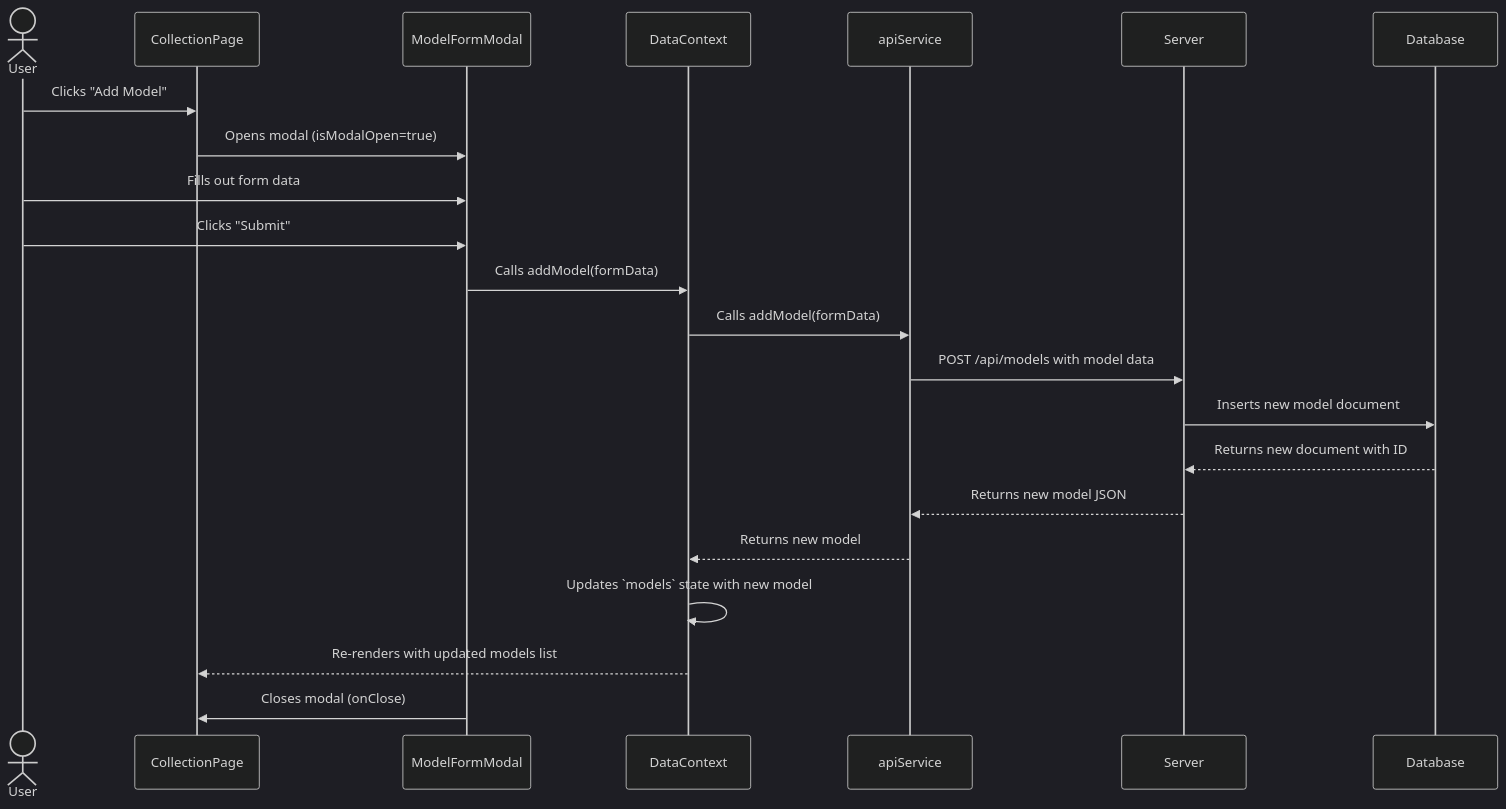
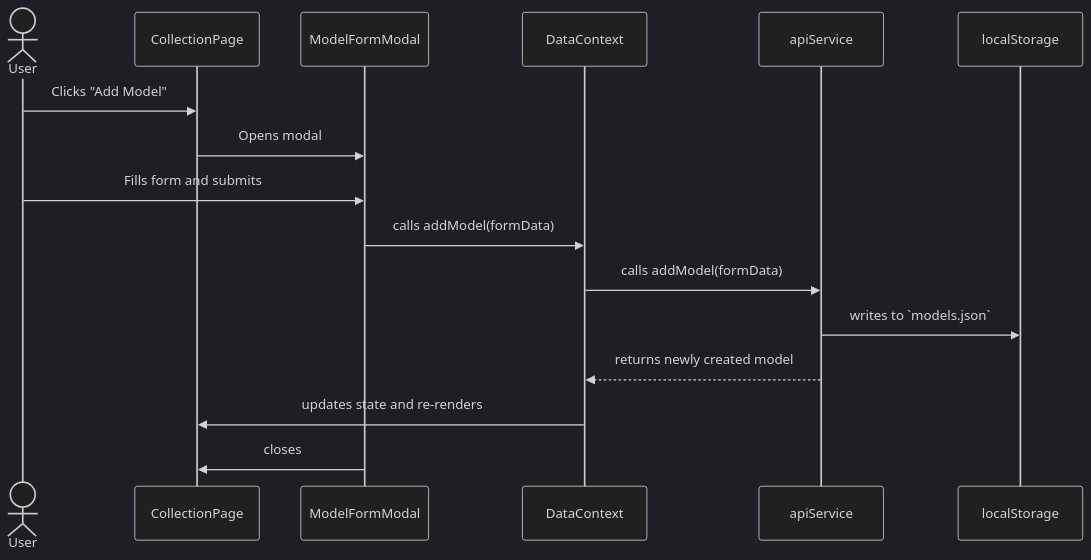
One commit to stuartperrymason-ops/https-github.com-stuartperrymason-ops-Top-Model-collector changed the second of 3 diagrams in README.md. Above: the diagram before and after it, drawn with Mermaid (dark theme). The commit also changed other lines of this file and 4 other files, not shown here.

````diff
--- a/README.md
+++ b/README.md
@@ -57,25 +42,19 @@
 ```mermaid
 sequenceDiagram
     actor User
     participant CollectionPage
     participant ModelFormModal
     participant DataContext
     participant apiService
-    participant Server
-    participant Database
+    participant localStorage
 
     User->>CollectionPage: Clicks "Add Model"
-    CollectionPage->>ModelFormModal: Opens modal (isModalOpen=true)
-    User->>ModelFormModal: Fills out form data
-    User->>ModelFormModal: Clicks "Submit"
-    ModelFormModal->>DataContext: Calls addModel(formData)
-    DataContext->>apiService: Calls addModel(formData)
-    apiService->>Server: POST /api/models with model data
-    Server->>Database: Inserts new model document
-    Database-->>Server: Returns new document with ID
-    Server-->>apiService: Returns new model JSON
-    apiService-->>DataContext: Returns new model
-    DataContext->>DataContext: Updates `models` state with new model
-    DataContext-->>CollectionPage: Re-renders with updated models list
-    ModelFormModal->>CollectionPage: Closes modal (onClose)
+    CollectionPage->>ModelFormModal: Opens modal
+    User->>ModelFormModal: Fills form and submits
+    ModelFormModal->>DataContext: calls addModel(formData)
+    DataContext->>apiService: calls addModel(formData)
+    apiService->>localStorage: writes to `models.json`
+    apiService-->>DataContext: returns newly created model
+    DataContext->>CollectionPage: updates state and re-renders
+    ModelFormModal->>CollectionPage: closes
 ```
````
